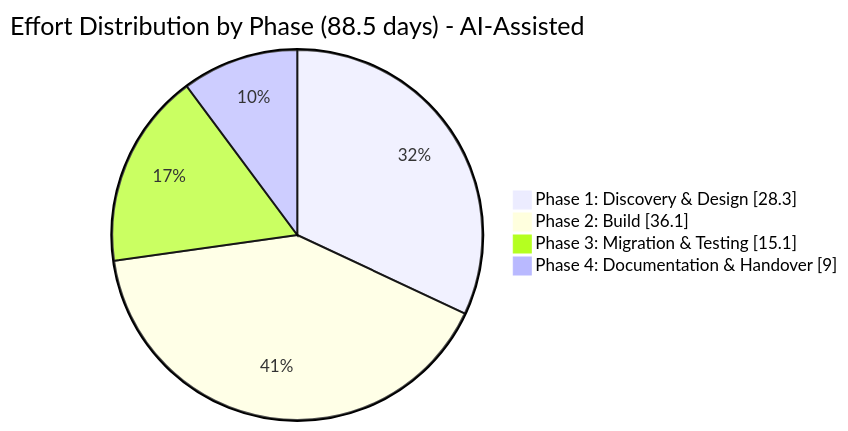
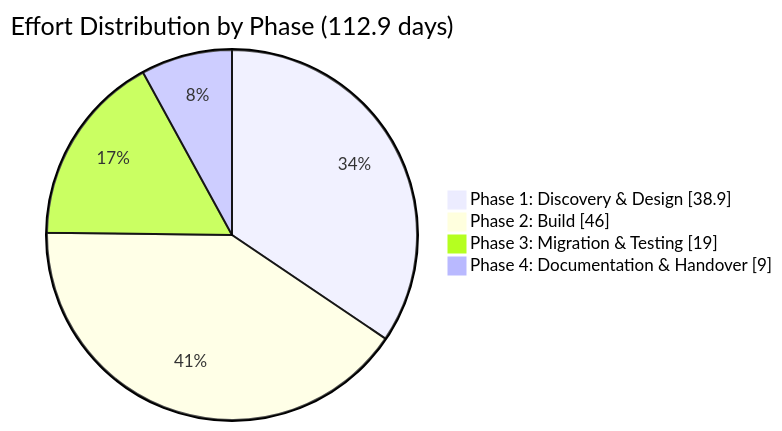
One commit to sfc-gh-mhindi/REPO_CANVA changed the second of 2 diagrams in 4-DataPipelinePrioritisation/InternalSoWs/SoWs/Monetisation_Domain_Scope_of_Work_INTERNAL.md. Above: the diagram before and after it, drawn with Mermaid. The commit also changed other lines of this file and 3 other files, not shown here.

First line of the commit message:
Update timelines and resource requirements to match new estimates

````diff
--- a/4-DataPipelinePrioritisation/InternalSoWs/SoWs/Monetisation_Domain_Scope_of_Work_INTERNAL.md
+++ b/4-DataPipelinePrioritisation/InternalSoWs/SoWs/Monetisation_Domain_Scope_of_Work_INTERNAL.md
@@ -579,8 +579,8 @@
 ```mermaid
 pie showData
-    title Effort Distribution by Phase (88.5 days) - AI-Assisted
-    "Phase 1: Discovery & Design" : 28.3
-    "Phase 2: Build" : 36.1
-    "Phase 3: Migration & Testing" : 15.1
+    title Effort Distribution by Phase (112.9 days)
+    "Phase 1: Discovery & Design" : 38.9
+    "Phase 2: Build" : 46.0
+    "Phase 3: Migration & Testing" : 19.0
     "Phase 4: Documentation & Handover" : 9.0
 ```
````
